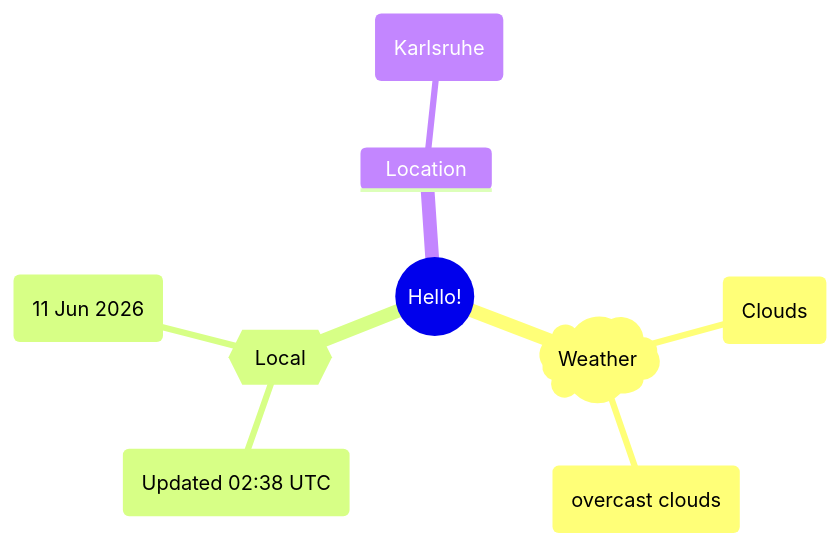
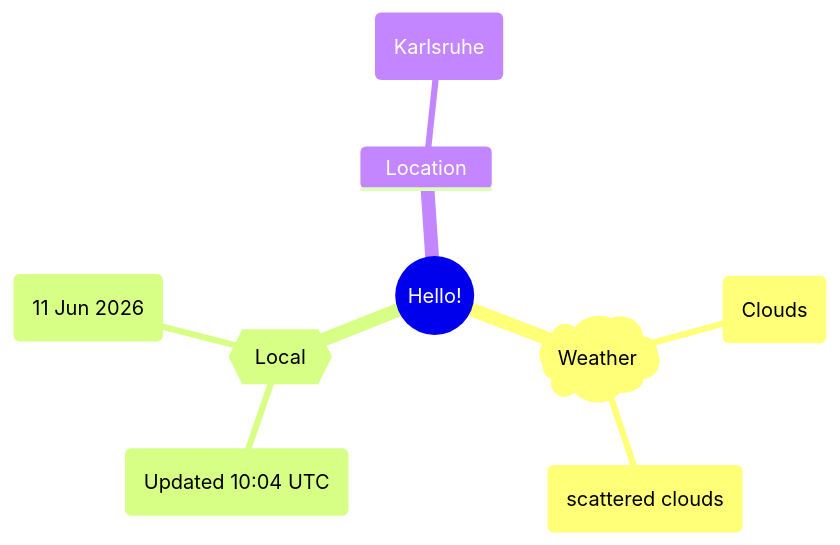
The first of 2 diagrams in README.md (Xosrov/Xosrov), drawn with Mermaid before and after one commit.

Commit message:
[bot] updated images

````diff
--- a/README.md
+++ b/README.md
@@ -3,12 +3,12 @@
 ```mermaid
 mindmap
   root((Hello!))
     )Weather(
         (Clouds)
-        (overcast clouds)
+        (scattered clouds)
     {{Local}}
-        (Updated 02:38 UTC)
+        (Updated 10:04 UTC)
         (11 Jun 2026)
     Location
         (Karlsruhe)
 ```
````
